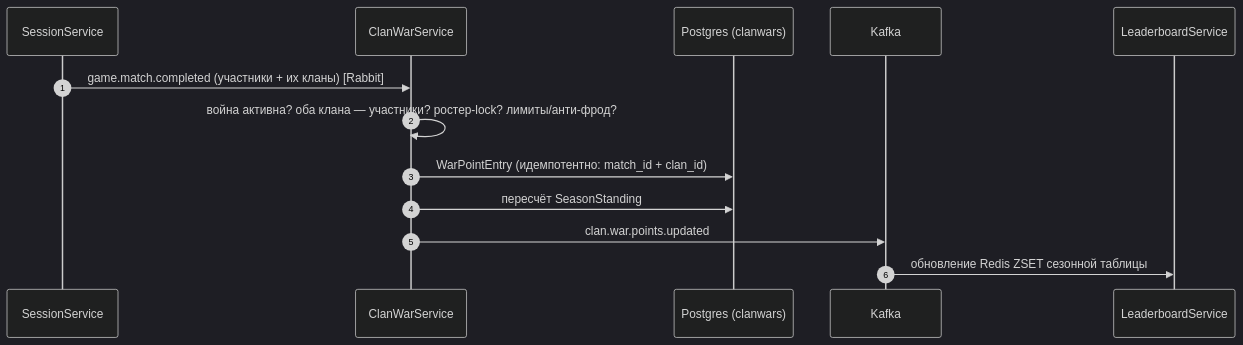
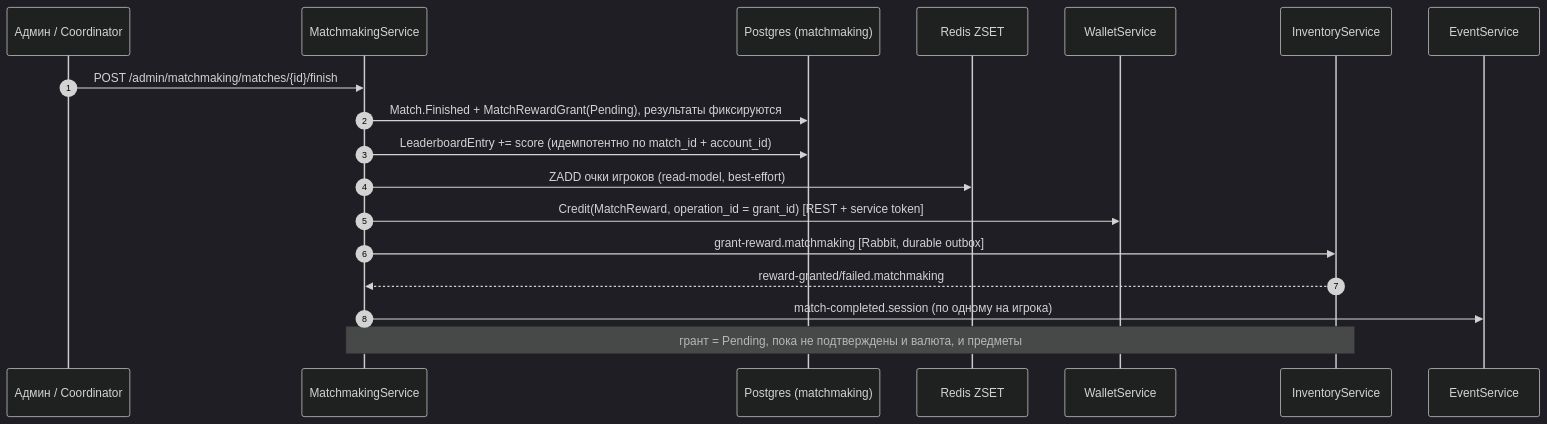
The seventh of 7 diagrams in docs/architecture.md (owlillp/GameServer-v2), drawn with Mermaid (dark theme) before and after one commit. The commit also changed other lines of this file and 221 other files, not shown here.

````diff
--- a/docs/architecture.md
+++ b/docs/architecture.md
@@ -431,16 +436,21 @@
 ```mermaid
 sequenceDiagram
     autonumber
-    participant SS as SessionService
-    participant CW as ClanWarService
-    participant DB as Postgres (clanwars)
-    participant K as Kafka
-    participant LB as LeaderboardService
+    participant A as Админ / Coordinator
+    participant M as MatchmakingService
+    participant DB as Postgres (matchmaking)
+    participant R as Redis ZSET
+    participant W as WalletService
+    participant I as InventoryService
+    participant E as EventService
 
-    SS->>CW: game.match.completed (участники + их кланы) [Rabbit]
-    CW->>CW: война активна? оба клана — участники? ростер-lock? лимиты/анти-фрод?
-    CW->>DB: WarPointEntry (идемпотентно: match_id + clan_id)
-    CW->>DB: пересчёт SeasonStanding
-    CW->>K: clan.war.points.updated
-    K->>LB: обновление Redis ZSET сезонной таблицы
+    A->>M: POST /admin/matchmaking/matches/{id}/finish
+    M->>DB: Match.Finished + MatchRewardGrant(Pending), результаты фиксируются
+    M->>DB: LeaderboardEntry += score (идемпотентно по match_id + account_id)
+    M->>R: ZADD очки игроков (read-model, best-effort)
+    M->>W: Credit(MatchReward, operation_id = grant_id) [REST + service token]
+    M->>I: grant-reward.matchmaking [Rabbit, durable outbox]
+    I-->>M: reward-granted/failed.matchmaking
+    M->>E: match-completed.session (по одному на игрока)
+    Note over M,I: грант = Pending, пока не подтверждены и валюта, и предметы
 ```
````
